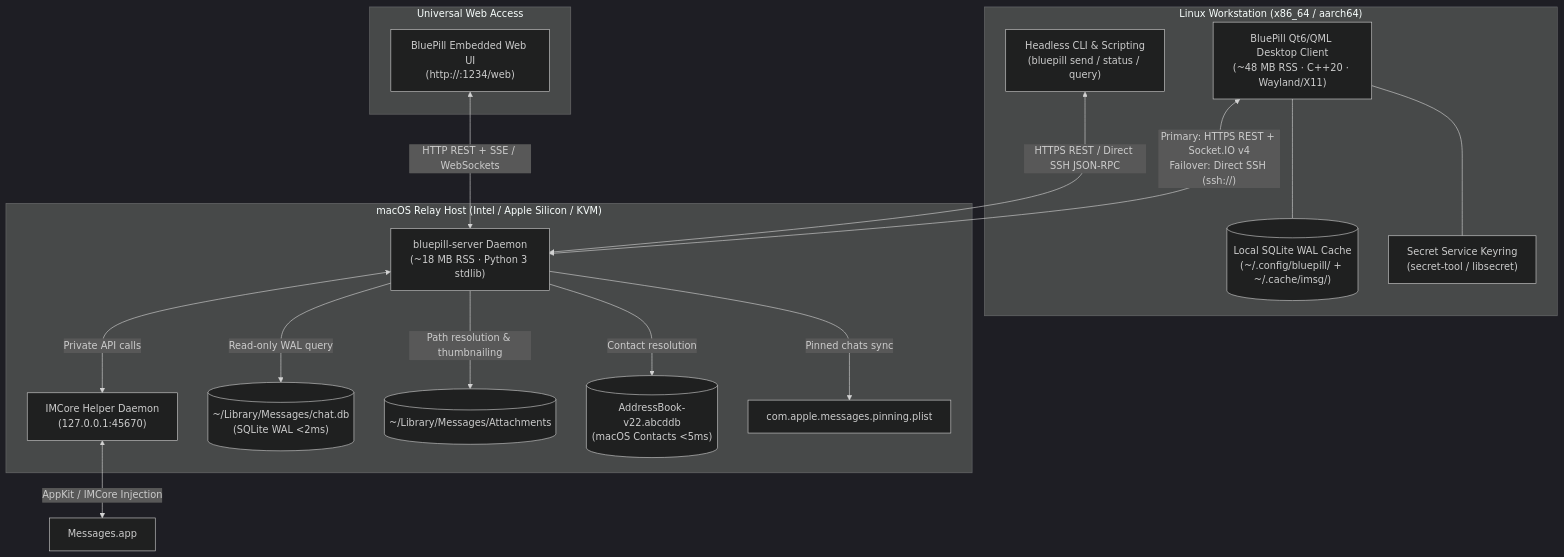
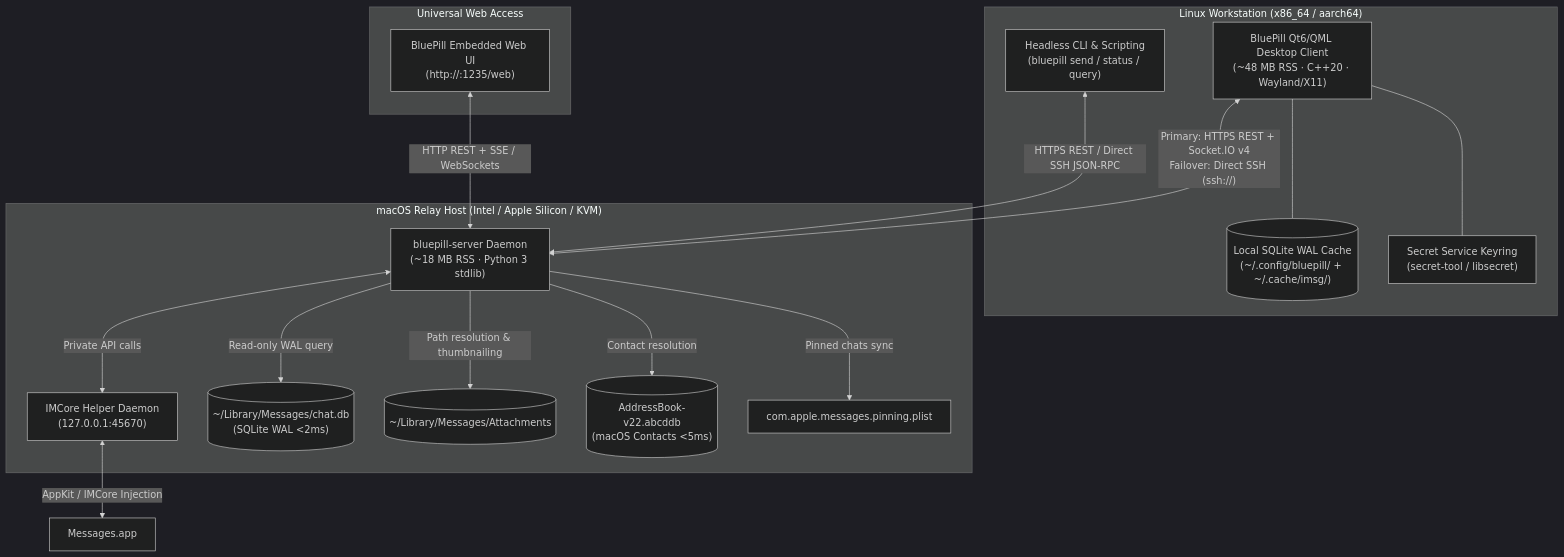
One commit to nertwork/bluepill changed the diagram in INSTALLATION_AND_OPERATIONS_GUIDE.md. Above: the diagram before and after it, drawn with Mermaid (dark theme). The commit also changed other lines of this file and 10 other files, not shown here.

````diff
--- a/INSTALLATION_AND_OPERATIONS_GUIDE.md
+++ b/INSTALLATION_AND_OPERATIONS_GUIDE.md
@@ -50,34 +50,34 @@
 ```mermaid
 flowchart TD
     subgraph Linux["Linux Workstation (x86_64 / aarch64)"]
         GUI["BluePill Qt6/QML Desktop Client\n(~48 MB RSS · C++20 · Wayland/X11)"]
         CLI["Headless CLI & Scripting\n(bluepill send / status / query)"]
         CACHE[("Local SQLite WAL Cache\n(~/.config/bluepill/ + ~/.cache/imsg/)")]
         KEYRING["Secret Service Keyring\n(secret-tool / libsecret)"]
     end
 
     subgraph Browser["Universal Web Access"]
-        WEB["BluePill Embedded Web UI\n(http://<relay>:1234/web)"]
+        WEB["BluePill Embedded Web UI\n(http://<relay>:1235/web)"]
     end
 
     subgraph Mac["macOS Relay Host (Intel / Apple Silicon / KVM)"]
         RELAY["bluepill-server Daemon\n(~18 MB RSS · Python 3 stdlib)"]
         HELPER["IMCore Helper Daemon\n(127.0.0.1:45670)"]
         CHATDB[("~/Library/Messages/chat.db\n(SQLite WAL <2ms)")]
         ATTACH[("~/Library/Messages/Attachments")]
         CONTACTS[("AddressBook-v22.abcddb\n(macOS Contacts <5ms)")]
         PINNED["com.apple.messages.pinning.plist"]
     end
 
     GUI <-->|"Primary: HTTPS REST + Socket.IO v4\nFailover: Direct SSH (ssh://)"| RELAY
     CLI <-->|"HTTPS REST / Direct SSH JSON-RPC"| RELAY
     WEB <-->|"HTTP REST + SSE / WebSockets"| RELAY
     GUI --- CACHE
     GUI --- KEYRING
     RELAY -->|"Read-only WAL query"| CHATDB
     RELAY -->|"Path resolution & thumbnailing"| ATTACH
     RELAY -->|"Contact resolution"| CONTACTS
     RELAY -->|"Pinned chats sync"| PINNED
     RELAY <-->|"Private API calls"| HELPER
     HELPER <-->|"AppKit / IMCore Injection"| MessagesApp["Messages.app"]
 ```
````
